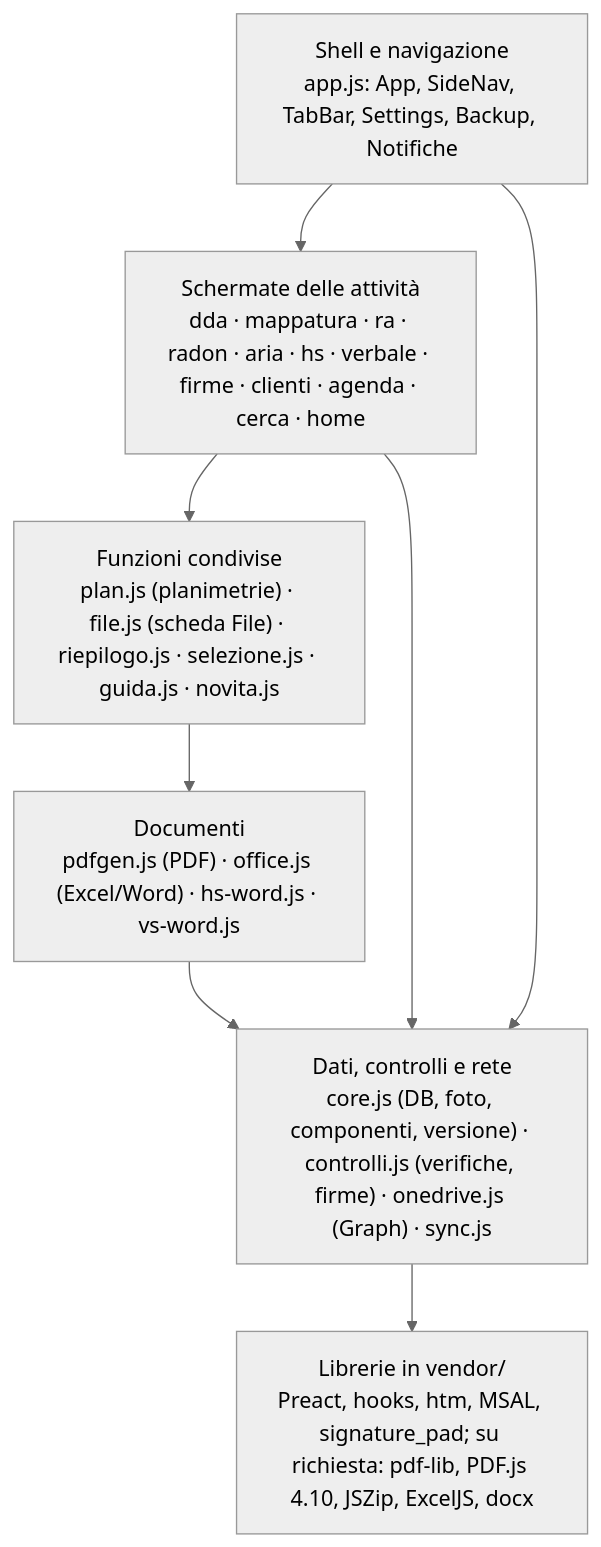
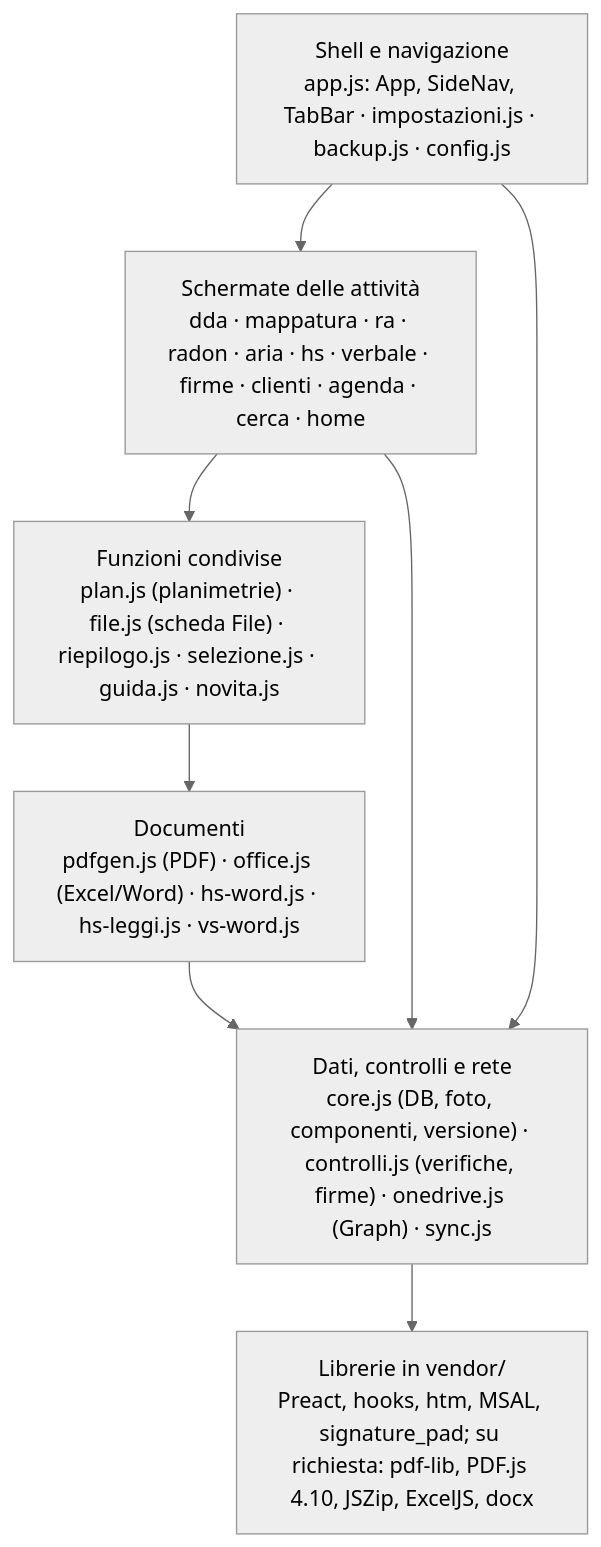
Before and after one commit to Waro/AppAmbiente: the second of 4 diagrams in docs/ARCHITECTURE.md, drawn with Mermaid (neutral theme). The commit also changed other lines of this file and 15 other files, not shown here.

````diff
--- a/docs/ARCHITECTURE.md
+++ b/docs/ARCHITECTURE.md
@@ -59,12 +59,12 @@
 ```mermaid
 flowchart TB
-  A["Shell e navigazione<br/>app.js: App, SideNav, TabBar, Settings, Backup, Notifiche"]
+  A["Shell e navigazione<br/>app.js: App, SideNav, TabBar · impostazioni.js · backup.js · config.js"]
   B["Schermate delle attività<br/>dda · mappatura · ra · radon · aria · hs · verbale · firme · clienti · agenda · cerca · home"]
   C["Funzioni condivise<br/>plan.js (planimetrie) · file.js (scheda File) · riepilogo.js · selezione.js · guida.js · novita.js"]
-  D["Documenti<br/>pdfgen.js (PDF) · office.js (Excel/Word) · hs-word.js · vs-word.js"]
+  D["Documenti<br/>pdfgen.js (PDF) · office.js (Excel/Word) · hs-word.js · hs-leggi.js · vs-word.js"]
   E["Dati, controlli e rete<br/>core.js (DB, foto, componenti, versione) · controlli.js (verifiche, firme) · onedrive.js (Graph) · sync.js"]
   F["Librerie in vendor/<br/>Preact, hooks, htm, MSAL, signature_pad; su richiesta: pdf-lib, PDF.js 4.10, JSZip, ExcelJS, docx"]
   A --> B --> C --> D --> E --> F
   A --> E
   B --> E
 ```
````
